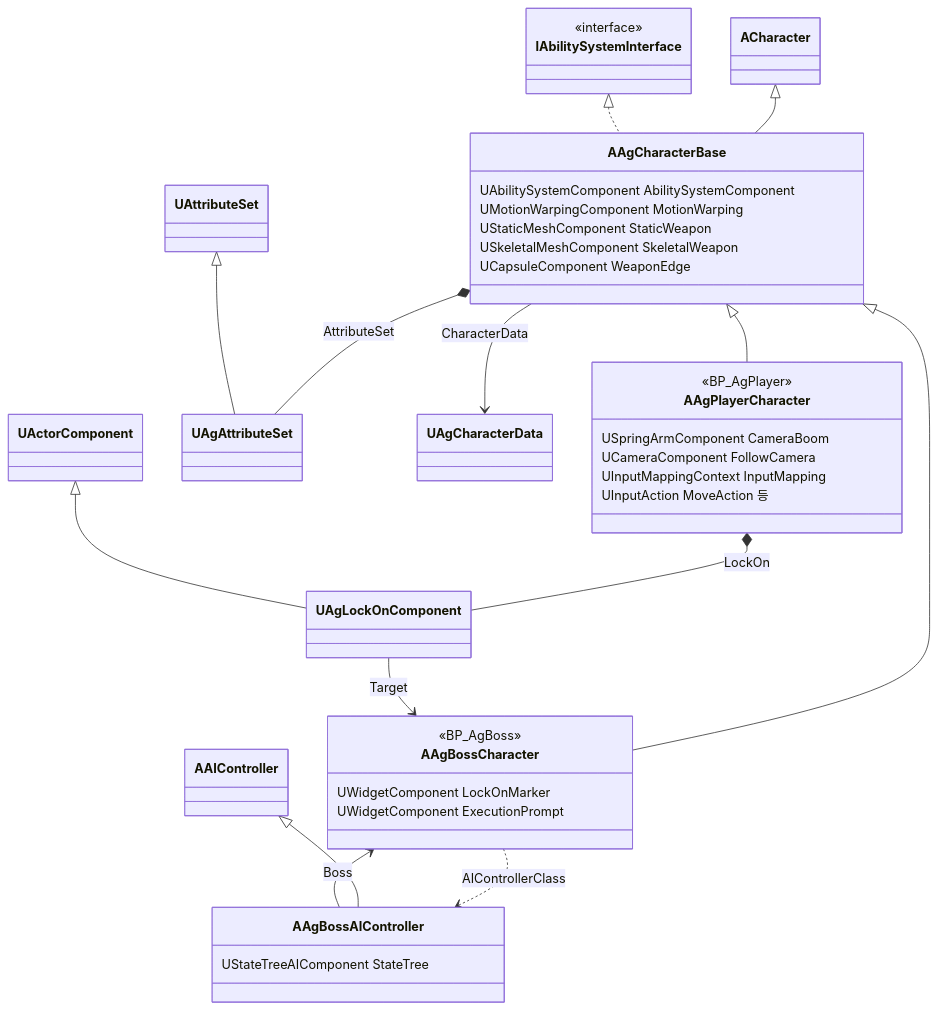
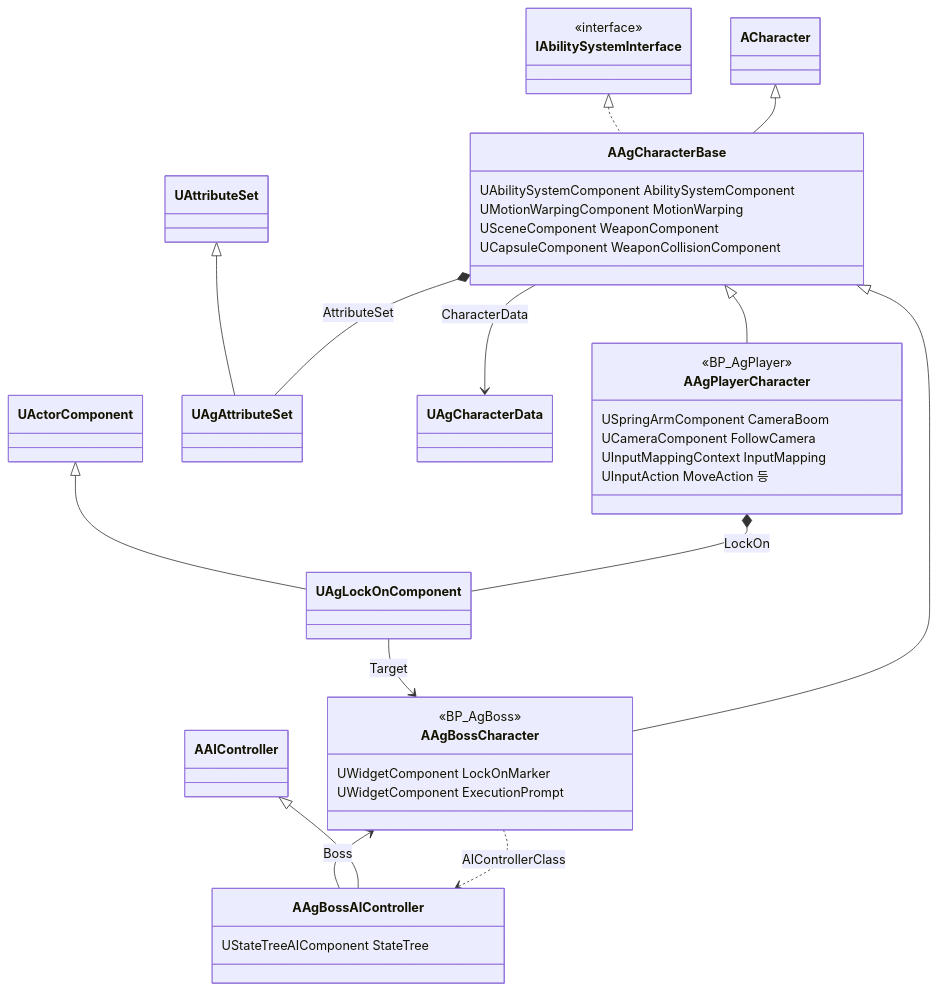
Before and after one commit to Woogl/Ag: the second of 20 diagrams in Docs/Program/클래스 구조도.md, drawn with Mermaid. The commit also changed 11 other files, not shown here.

First line of the commit message:
구현: 무기를 캐릭터 블루프린트의 컴포넌트로 두고, 무기 판정 캡슐을 날 전체가 들어가게 맞춤 (구현 계획서 '형식'·'무기'·'공격 판정', 데이터 위치표, 클래스 구조도)

````diff
--- a/Docs/Program/클래스 구조도.md
+++ b/Docs/Program/클래스 구조도.md
@@ -58,43 +58,42 @@
 ```mermaid
 classDiagram
     direction TB
     class IAbilitySystemInterface {
         <<interface>>
     }
     class AAgCharacterBase {
         UAbilitySystemComponent AbilitySystemComponent
         UMotionWarpingComponent MotionWarping
-        UStaticMeshComponent StaticWeapon
-        USkeletalMeshComponent SkeletalWeapon
-        UCapsuleComponent WeaponEdge
+        USceneComponent WeaponComponent
+        UCapsuleComponent WeaponCollisionComponent
     }
     class AAgPlayerCharacter {
         <<BP_AgPlayer>>
         USpringArmComponent CameraBoom
         UCameraComponent FollowCamera
         UInputMappingContext InputMapping
         UInputAction MoveAction 등
     }
     class AAgBossCharacter {
         <<BP_AgBoss>>
         UWidgetComponent LockOnMarker
         UWidgetComponent ExecutionPrompt
     }
     class AAgBossAIController {
         UStateTreeAIComponent StateTree
     }
     ACharacter <|-- AAgCharacterBase
     IAbilitySystemInterface <|.. AAgCharacterBase
     AAgCharacterBase <|-- AAgPlayerCharacter
     AAgCharacterBase <|-- AAgBossCharacter
 
     AAgCharacterBase *-- UAgAttributeSet : AttributeSet
     UAttributeSet <|-- UAgAttributeSet
     AAgCharacterBase --> UAgCharacterData : CharacterData
     AAgPlayerCharacter *-- UAgLockOnComponent : LockOn
     UActorComponent <|-- UAgLockOnComponent
     UAgLockOnComponent --> AAgBossCharacter : Target
     AAgBossCharacter ..> AAgBossAIController : AIControllerClass
     AAIController <|-- AAgBossAIController
     AAgBossAIController --> AAgBossCharacter : Boss
 ```
````
